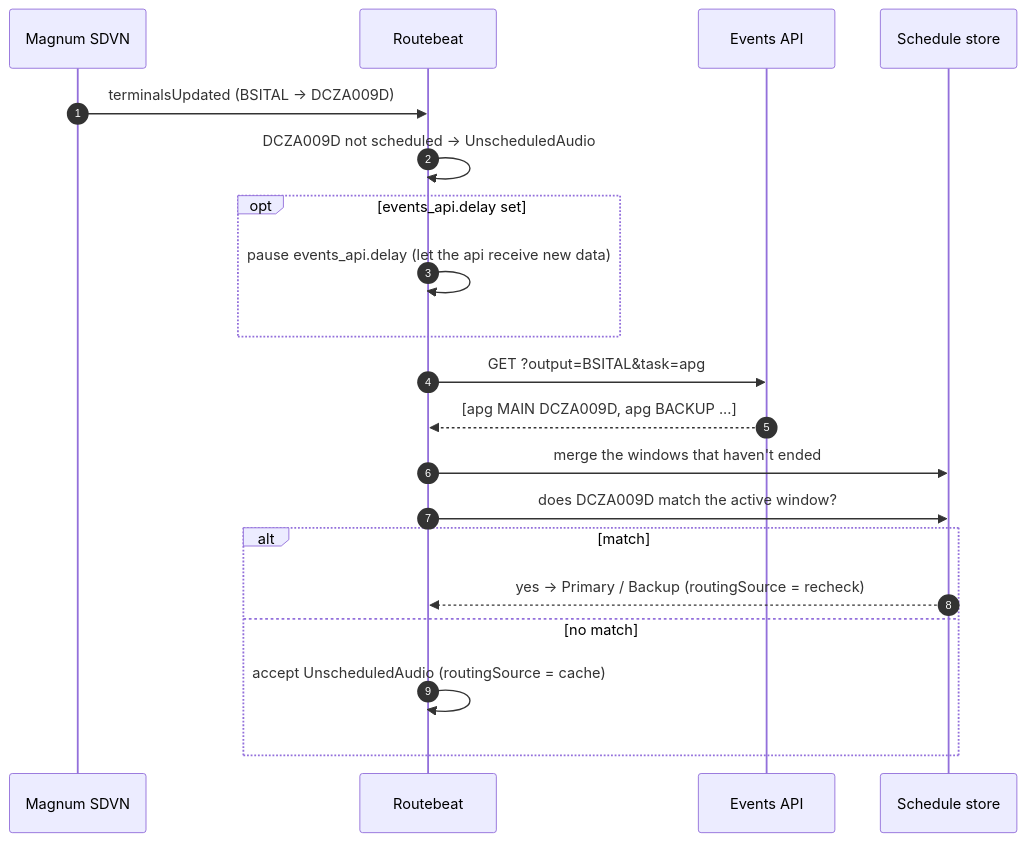
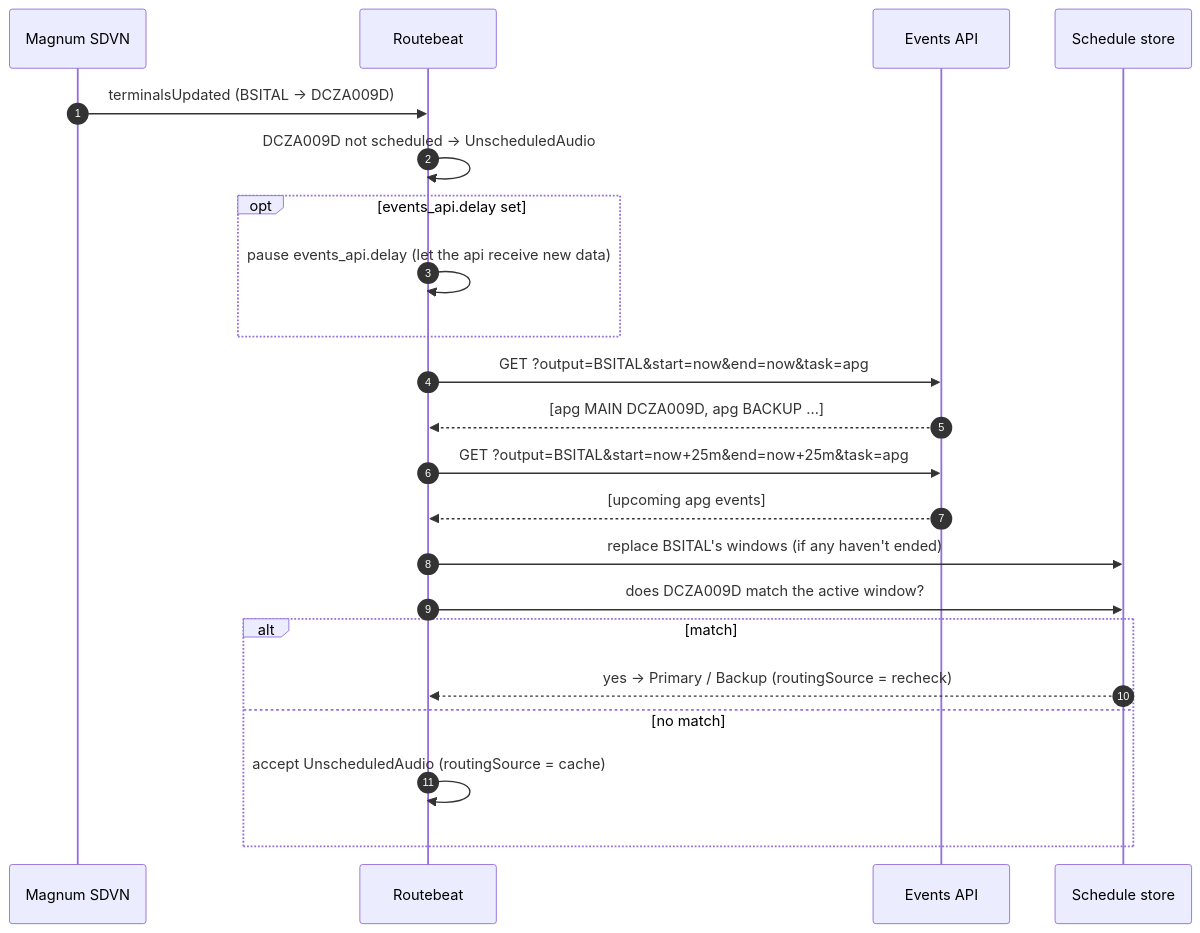
One commit to thetherington/routebeat changed the sixth of 8 diagrams in README.md. Above: the diagram before and after it, drawn with Mermaid. The commit also changed other lines of this file and 17 other files, not shown here.

First line of the commit message:
IP: skip deleted events, resolve overlapping windows, recheck runs the poll per output

````diff
--- a/README.md
+++ b/README.md
@@ -364,23 +366,25 @@
 ```mermaid
 sequenceDiagram
     autonumber
     participant SDVN as Magnum SDVN
     participant RB as Routebeat
     participant API as Events API
     participant ST as Schedule store
 
     SDVN->>RB: terminalsUpdated (BSITAL → DCZA009D)
     RB->>RB: DCZA009D not scheduled → UnscheduledAudio
     opt events_api.delay set
         RB->>RB: pause events_api.delay (let the api receive new data)
     end
-    RB->>API: GET ?output=BSITAL&task=apg
+    RB->>API: GET ?output=BSITAL&start=now&end=now&task=apg
     API-->>RB: [apg MAIN DCZA009D, apg BACKUP ...]
-    RB->>ST: merge the windows that haven't ended
+    RB->>API: GET ?output=BSITAL&start=now+25m&end=now+25m&task=apg
+    API-->>RB: [upcoming apg events]
+    RB->>ST: replace BSITAL's windows (if any haven't ended)
     RB->>ST: does DCZA009D match the active window?
     alt match
         ST-->>RB: yes → Primary / Backup (routingSource = recheck)
     else no match
         RB->>RB: accept UnscheduledAudio (routingSource = cache)
     end
 ```
````
